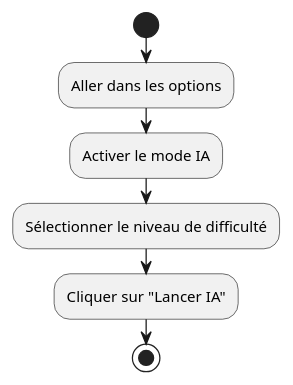
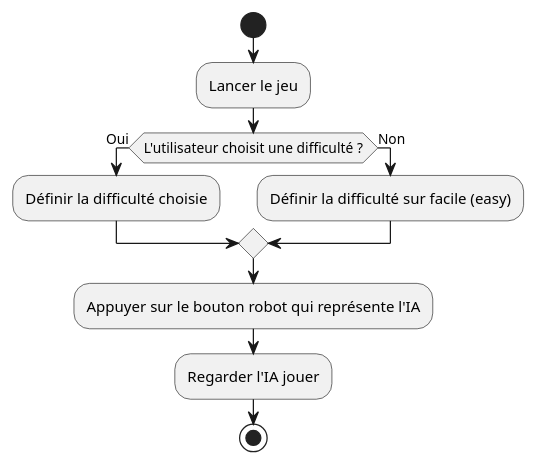
Before and after one commit to LosVerinos/Crossy-Road: the diagram in Diagram/ActivityDiagram/startIA.puml, drawn with PlantUML. The commit also changed 13 other files, not shown here.

Commit message:
première modif sur les diagrammes d'activités

```diff
--- a/Diagram/ActivityDiagram/startIA.puml
+++ b/Diagram/ActivityDiagram/startIA.puml
@@ -1,8 +1,14 @@
 @startuml
 start
-:Aller dans les options;
-:Activer le mode IA;
-:Sélectionner le niveau de difficulté;
-:Cliquer sur "Lancer IA";
+:Lancer le jeu;
+
+if (L'utilisateur choisit une difficulté ?) then (Oui)
+    :Définir la difficulté choisie;
+else (Non)
+    :Définir la difficulté sur facile (easy);
+endif
+
+:Appuyer sur le bouton robot qui représente l'IA;
+:Regarder l'IA jouer;
 stop
 @enduml
```
